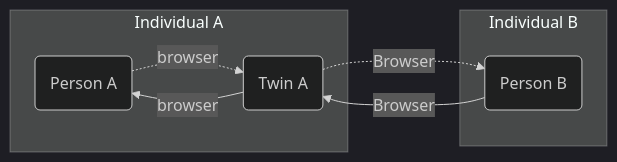
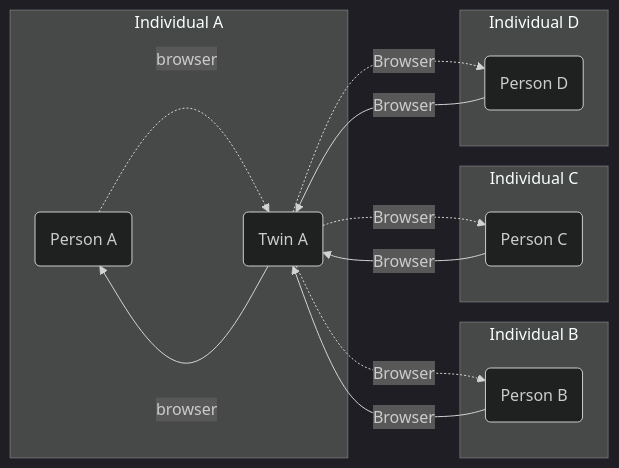
The diagram in docs/experiences/src/Capabilities/includes/private_video.md (ourworldventures/ourworld_books_OLD), drawn with Mermaid (dark theme) before and after one commit. The commit also changed 21 other files, not shown here.

````diff
--- a/docs/experiences/src/Capabilities/includes/private_video.md
+++ b/docs/experiences/src/Capabilities/includes/private_video.md
@@ -2,13 +2,22 @@
 ```mermaid
 graph LR
     
     subgraph Individual A
     INDIVIDUALA(Person A)
     INDIVIDUALA .->|browser| TWINA
     TWINA -->|browser| INDIVIDUALA
     end
     TWINA(Twin A) .->|Browser| INDIVIDUALB
+    TWINA(Twin A) .->|Browser| INDIVIDUALC
+    TWINA(Twin A) .->|Browser| INDIVIDUALD
     subgraph Individual B
     INDIVIDUALB(Person B) -->|Browser| TWINA
     end
+    subgraph Individual C
+    INDIVIDUALC(Person C) -->|Browser| TWINA
+    end
+    subgraph Individual D
+    INDIVIDUALD(Person D) -->|Browser| TWINA
+    end
+
 ```
````
